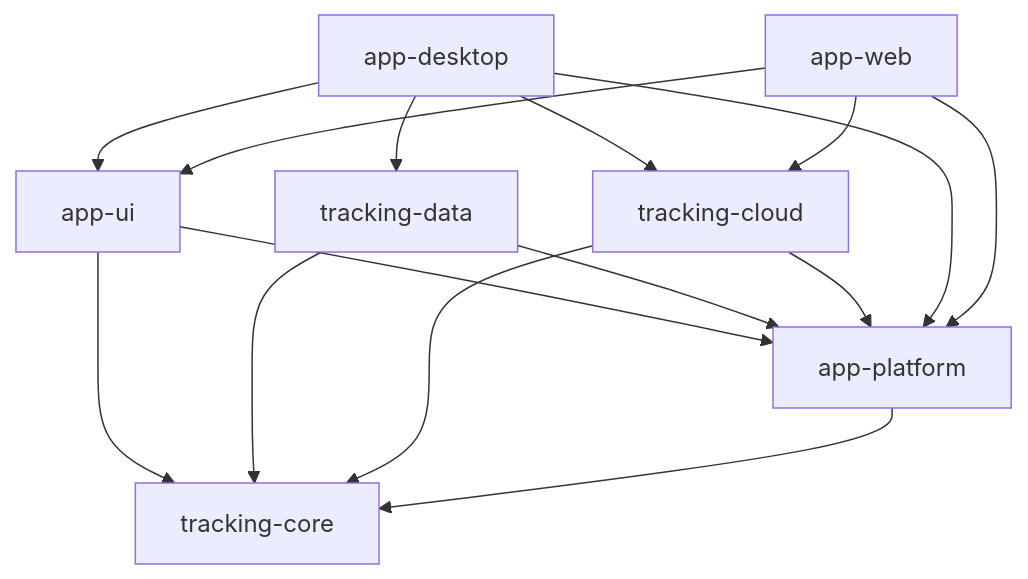
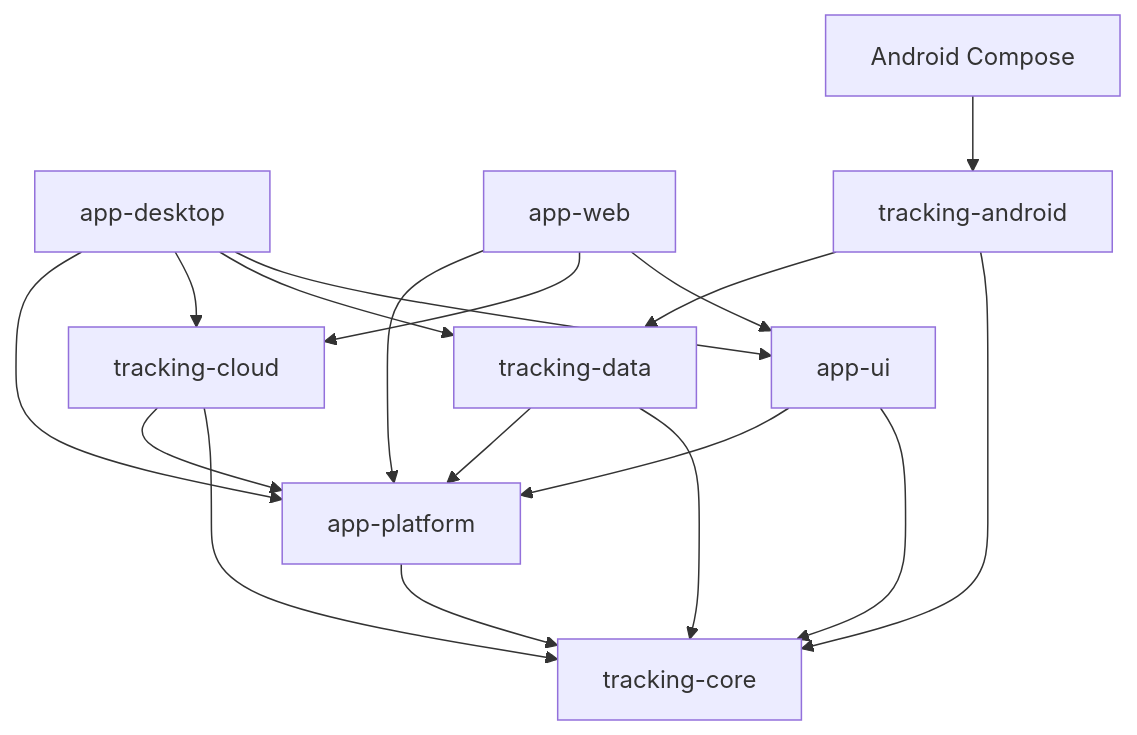
One commit to punkhomov/tracking changed the diagram in docs/architecture.md. Above: the diagram before and after it, drawn with Mermaid. The commit also changed other lines of this file and 23 other files, not shown here.

````diff
--- a/docs/architecture.md
+++ b/docs/architecture.md
@@ -17,17 +19,20 @@
 ```mermaid
 flowchart TD
   Desktop[app-desktop] --> UI[app-ui]
   Web[app-web] --> UI
   UI --> Core[tracking-core]
   UI --> Platform[app-platform]
   Desktop --> Data[tracking-data]
   Desktop --> Cloud[tracking-cloud]
   Web --> Cloud
   Data --> Core
   Data --> Platform
   Cloud --> Core
   Cloud --> Platform
   Desktop --> Platform
   Web --> Platform
   Platform --> Core
+  AndroidUI[Android Compose] --> Android[tracking-android]
+  Android --> Core
+  Android --> Data
 ```
````
